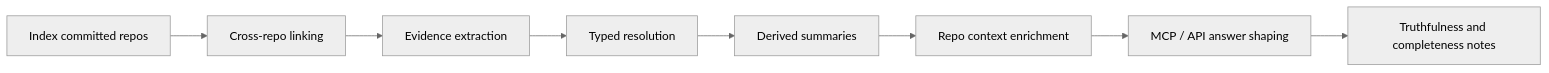
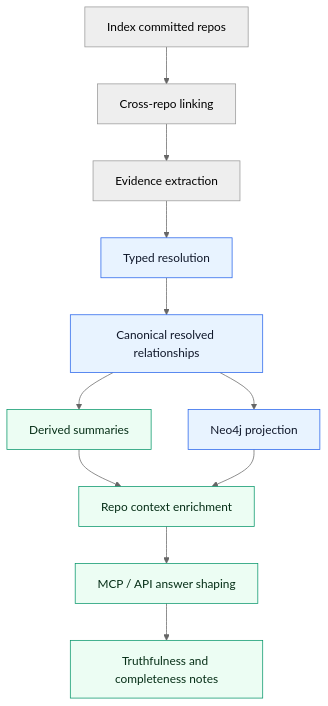
Before and after one commit to platformcontext/platform-context-graph: the diagram in docs/docs/reference/relationship-mapping.md, drawn with Mermaid (neutral theme). The commit also changed 1 other file, not shown here.

Commit message:
Clarify mapping workflow with Mermaid diagrams

````diff
--- a/docs/docs/reference/relationship-mapping.md
+++ b/docs/docs/reference/relationship-mapping.md
@@ -17,10 +17,18 @@
 ```mermaid
-flowchart LR
+flowchart TD
     A[Index committed repos] --> B[Cross-repo linking]
     B --> C[Evidence extraction]
     C --> D[Typed resolution]
-    D --> E[Derived summaries]
-    E --> F[Repo context enrichment]
-    F --> G[MCP / API answer shaping]
-    G --> H[Truthfulness and completeness notes]
+    D --> E[Canonical resolved relationships]
+    E --> F[Neo4j projection]
+    E --> G[Derived summaries]
+    G --> H[Repo context enrichment]
+    F --> H
+    H --> I[MCP / API answer shaping]
+    I --> J[Truthfulness and completeness notes]
+
+    classDef canonical fill:#e8f3ff,stroke:#2563eb,color:#0f172a;
+    classDef derived fill:#ecfdf3,stroke:#059669,color:#052e16;
+    class D,E,F canonical;
+    class G,H,I,J derived;
 ```
````
